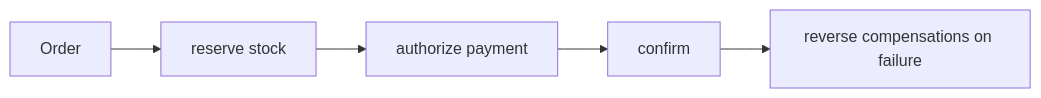
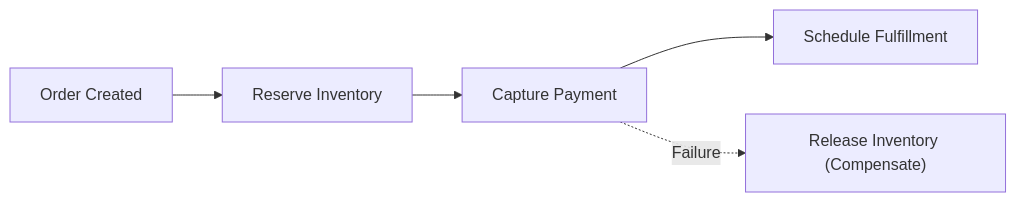
One commit to sohail-sharif-official/saga-order-orchestrator changed the diagram in README.md. Above: the diagram before and after it, drawn with Mermaid. The commit also changed other lines of this file and 4 other files, not shown here.

Commit message:
Update architecture documentation, mermaid diagrams, and verification guide

````diff
--- a/README.md
+++ b/README.md
@@ -17,8 +10,7 @@
 ```mermaid
 flowchart LR
-  n0["Order"] --> n1
-  n1["reserve stock"] --> n2
-  n2["authorize payment"] --> n3
-  n3["confirm"] --> n4
-  n4["reverse compensations on failure"]
+  Start["Order Created"] --> Inv["Reserve Inventory"]
+  Inv --> Pay["Capture Payment"]
+  Pay --> Ship["Schedule Fulfillment"]
+  Pay -. "Failure" .-> CompInv["Release Inventory (Compensate)"]
 ```
````
